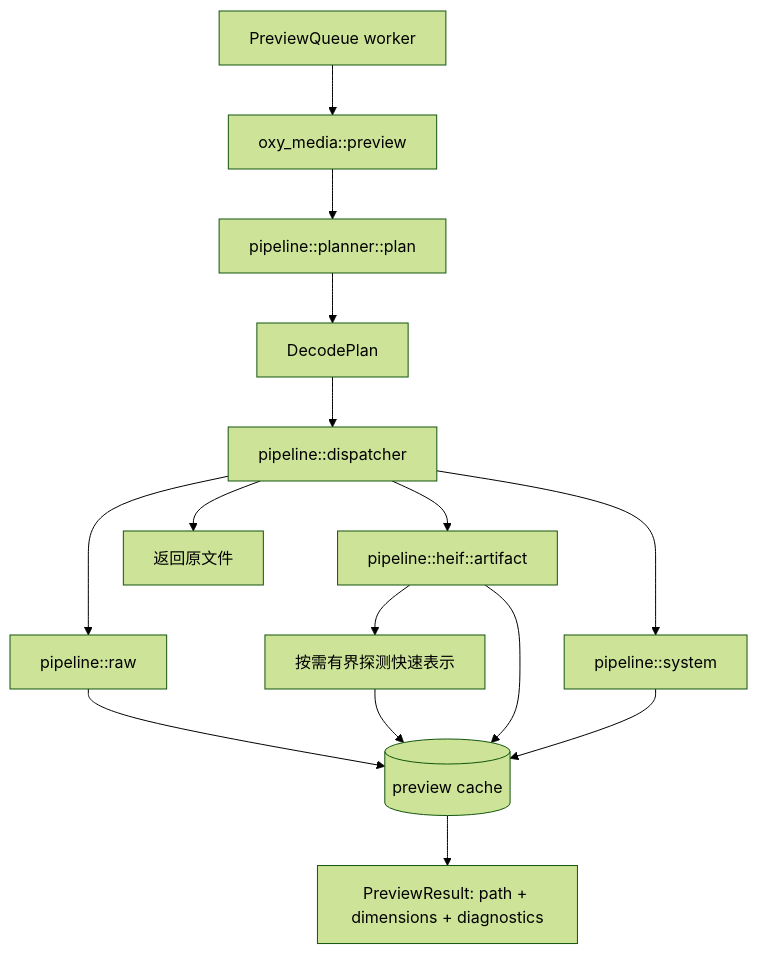
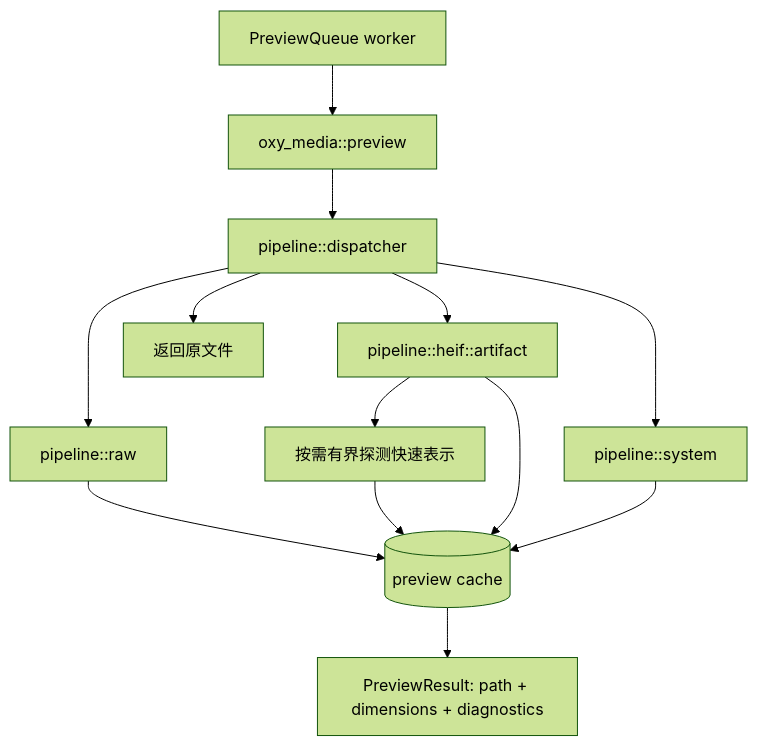
The first of 2 diagrams in crates/oxy-media/README.md (oxygenkun/oxyviewer), drawn with Mermaid (forest theme) before and after one commit. The commit also changed other lines of this file and 53 other files, not shown here.

````diff
--- a/crates/oxy-media/README.md
+++ b/crates/oxy-media/README.md
@@ -172,17 +170,15 @@
 ```mermaid
 flowchart TD
     caller[PreviewQueue worker] --> api[oxy_media::preview]
-    api --> planner[pipeline::planner::plan]
-    planner --> decodePlan[DecodePlan]
-    decodePlan --> dispatcher[pipeline::dispatcher]
+    api --> dispatcher[pipeline::dispatcher]
     dispatcher --> raw[pipeline::raw]
     dispatcher --> heif[pipeline::heif::artifact]
     dispatcher --> system[pipeline::system]
     dispatcher --> original[返回原文件]
     heif --> heifProbe[按需有界探测快速表示]
     raw --> cache[(preview cache)]
     heifProbe --> cache
     heif --> cache
     system --> cache
     cache --> result[PreviewResult: path + dimensions + diagnostics]
 ```
````
